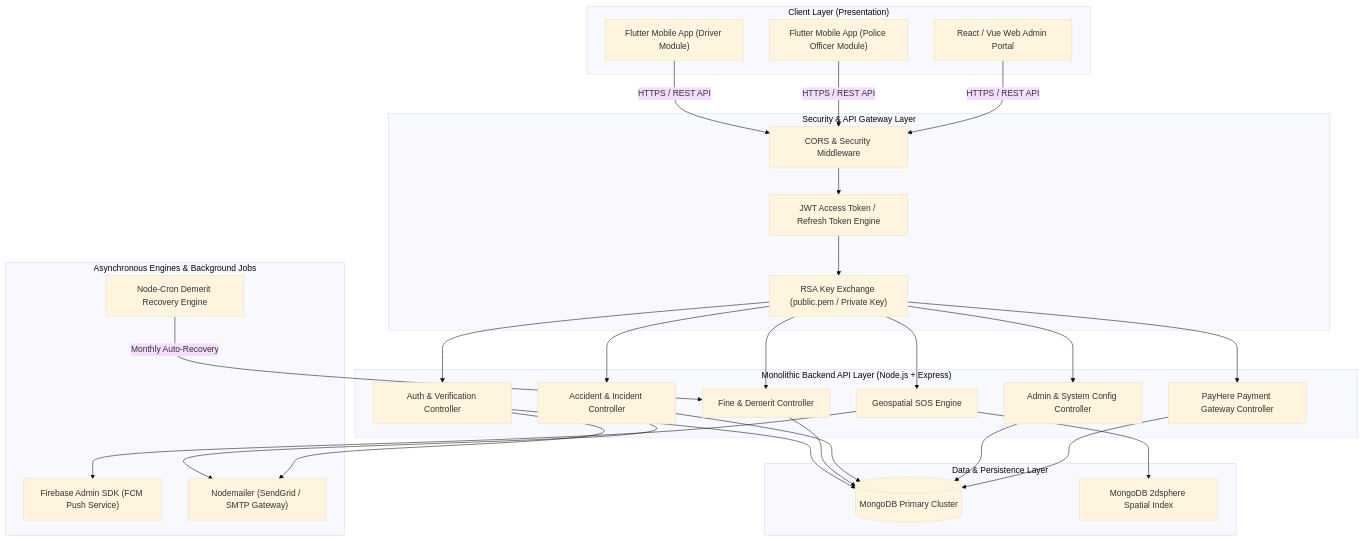
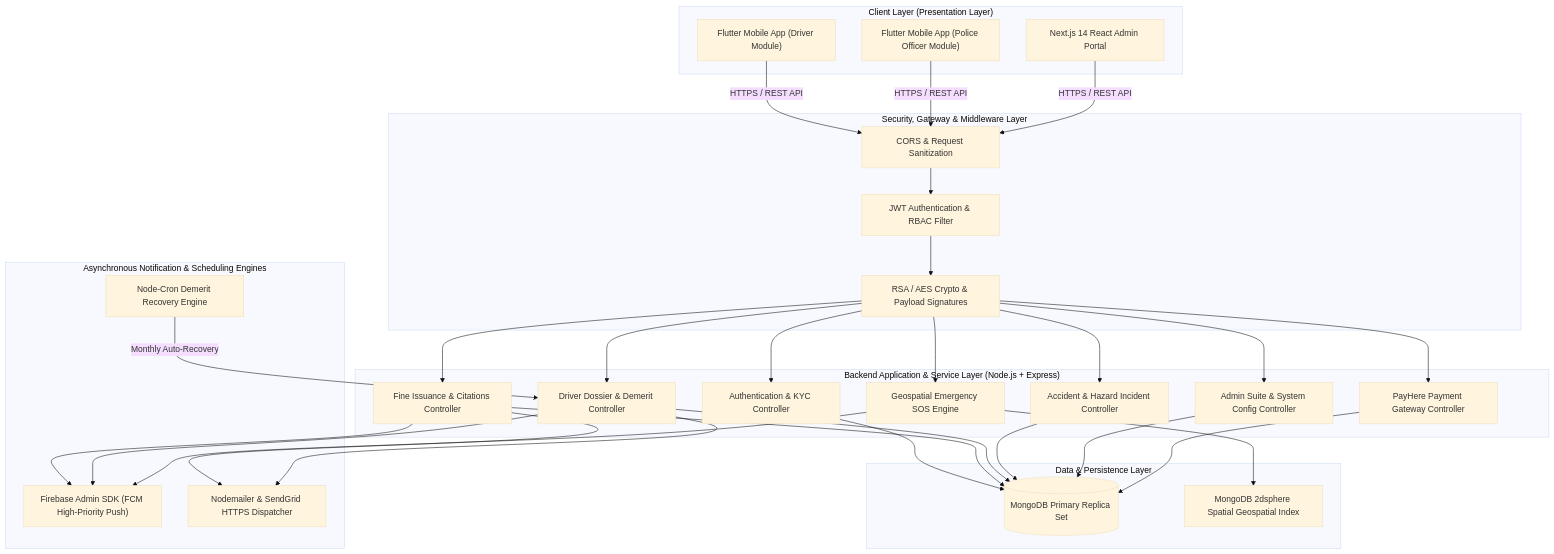
One commit to e-fine-sl/e-fine-sl-traffic-management changed the first of 15 diagrams in README.md. Above: the diagram before and after it, drawn with Mermaid (base theme). The commit also changed other lines of this file, not shown here.

Commit message:
docs(architecture): update system design diagrams, use case specifications, class diagrams, sequence flows, activity flows, wireframes, and database ERD schemas to match live implementation

````diff
--- a/README.md
+++ b/README.md
@@ -84,60 +73,65 @@
 ```mermaid
 graph TD
-    subgraph ClientLayer ["Client Layer (Presentation)"]
+    subgraph ClientLayer ["Client Layer (Presentation Layer)"]
         FlutterDriver["Flutter Mobile App (Driver Module)"]
         FlutterPolice["Flutter Mobile App (Police Officer Module)"]
-        WebAdmin["React / Vue Web Admin Portal"]
+        WebAdmin["Next.js 14 React Admin Portal"]
     end
 
-    subgraph GatewayLayer ["Security & API Gateway Layer"]
-        CorsAuth["CORS & Security Middleware"]
-        JWTAuth["JWT Access Token / Refresh Token Engine"]
-        CryptoService["RSA Key Exchange (public.pem / Private Key)"]
+    subgraph GatewayLayer ["Security, Gateway & Middleware Layer"]
+        CorsMiddleware["CORS & Request Sanitization"]
+        JWTMiddleware["JWT Authentication & RBAC Filter"]
+        CryptoService["RSA / AES Crypto & Payload Signatures"]
     end
 
-    subgraph ApiLayer ["Monolithic Backend API Layer (Node.js + Express)"]
-        AuthCtrl["Auth & Verification Controller"]
-        FineCtrl["Fine & Demerit Controller"]
-        AccidentCtrl["Accident & Incident Controller"]
-        SOSCtrl["Geospatial SOS Engine"]
-        AdminCtrl["Admin & System Config Controller"]
+    subgraph ApiLayer ["Backend Application & Service Layer (Node.js + Express)"]
+        AuthCtrl["Authentication & KYC Controller"]
+        FineCtrl["Fine Issuance & Citations Controller"]
+        DriverCtrl["Driver Dossier & Demerit Controller"]
+        AccidentCtrl["Accident & Hazard Incident Controller"]
+        SOSCtrl["Geospatial Emergency SOS Engine"]
+        AdminCtrl["Admin Suite & System Config Controller"]
         PaymentCtrl["PayHere Payment Gateway Controller"]
     end
 
-    subgraph AsyncLayer ["Asynchronous Engines & Background Jobs"]
+    subgraph AsyncLayer ["Asynchronous Notification & Scheduling Engines"]
         CronJob["Node-Cron Demerit Recovery Engine"]
-        FCMService["Firebase Admin SDK (FCM Push Service)"]
-        EmailService["Nodemailer (SendGrid / SMTP Gateway)"]
+        FCMService["Firebase Admin SDK (FCM High-Priority Push)"]
+        EmailService["Nodemailer & SendGrid HTTPS Dispatcher"]
     end
 
     subgraph DataLayer ["Data & Persistence Layer"]
-        MongoDB[(MongoDB Primary Cluster)]
-        GeoIndex["MongoDB 2dsphere Spatial Index"]
+        MongoDB[(MongoDB Primary Replica Set)]
+        Geo2DSphere["MongoDB 2dsphere Spatial Geospatial Index"]
     end
 
-    FlutterDriver -->|HTTPS / REST API| CorsAuth
-    FlutterPolice -->|HTTPS / REST API| CorsAuth
-    WebAdmin -->|HTTPS / REST API| CorsAuth
+    FlutterDriver -->|HTTPS / REST API| CorsMiddleware
+    FlutterPolice -->|HTTPS / REST API| CorsMiddleware
+    WebAdmin -->|HTTPS / REST API| CorsMiddleware
 
-    CorsAuth --> JWTAuth
-    JWTAuth --> CryptoService
+    CorsMiddleware --> JWTMiddleware
+    JWTMiddleware --> CryptoService
 
     CryptoService --> AuthCtrl
     CryptoService --> FineCtrl
+    CryptoService --> DriverCtrl
     CryptoService --> AccidentCtrl
     CryptoService --> SOSCtrl
     CryptoService --> AdminCtrl
     CryptoService --> PaymentCtrl
 
     AuthCtrl --> MongoDB
     FineCtrl --> MongoDB
+    DriverCtrl --> MongoDB
     AccidentCtrl --> MongoDB
-    SOSCtrl --> GeoIndex
+    SOSCtrl --> Geo2DSphere
     AdminCtrl --> MongoDB
     PaymentCtrl --> MongoDB
 
+    FineCtrl --> FCMService
+    FineCtrl --> EmailService
+    DriverCtrl --> FCMService
+    DriverCtrl --> EmailService
     SOSCtrl --> FCMService
-    AccidentCtrl --> EmailService
-    AuthCtrl --> EmailService
-    CronJob -->|Monthly Auto-Recovery| FineCtrl
+    CronJob -->|Monthly Auto-Recovery| DriverCtrl
 ```
````
